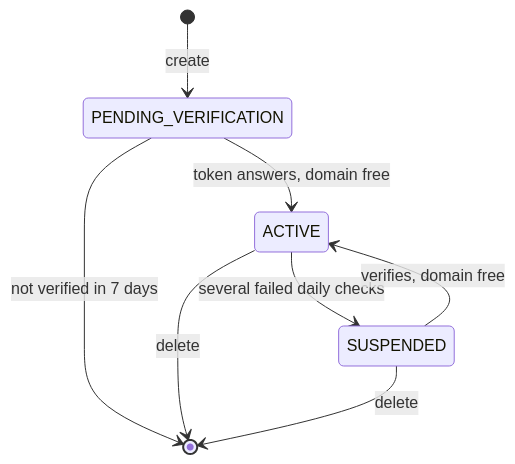
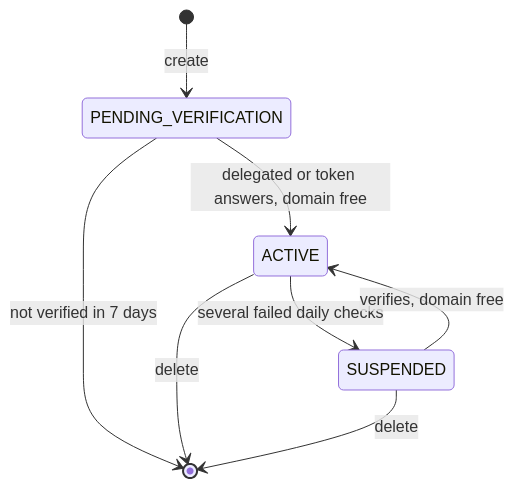
The diagram in docs/dns/hosted-zones/ownership.md (origincloudhq/docs), drawn with Mermaid before and after one commit. The commit also changed other lines of this file and 5 other files, not shown here.

````diff
--- a/docs/dns/hosted-zones/ownership.md
+++ b/docs/dns/hosted-zones/ownership.md
@@ -57,12 +72,12 @@
 ```mermaid
 stateDiagram-v2
   accTitle: Public hosted zone states
-  accDescr: A public zone starts pending verification. When its token answers and no other zone holds the domain, it becomes active. A pending zone that doesn't verify within 7 days is deleted. An active zone becomes suspended after several daily checks in a row find its domain delegated elsewhere without the token. A suspended zone becomes active again when it verifies while its domain is free. Any zone can be deleted once it's empty.
+  accDescr: A public zone starts pending verification. When its domain is delegated to its name servers or its token answers, and no other zone holds the domain, it becomes active. A pending zone that doesn't verify within 7 days is deleted. An active zone becomes suspended after several daily checks in a row find its domain delegated elsewhere without the token. A suspended zone becomes active again when it verifies while its domain is free. Any zone can be deleted once it's empty.
   [*] --> PENDING_VERIFICATION: create
-  PENDING_VERIFICATION --> ACTIVE: token answers, domain free
+  PENDING_VERIFICATION --> ACTIVE: delegated or token answers, domain free
   PENDING_VERIFICATION --> [*]: not verified in 7 days
   ACTIVE --> SUSPENDED: several failed daily checks
   SUSPENDED --> ACTIVE: verifies, domain free
   ACTIVE --> [*]: delete
   SUSPENDED --> [*]: delete
 ```
````
